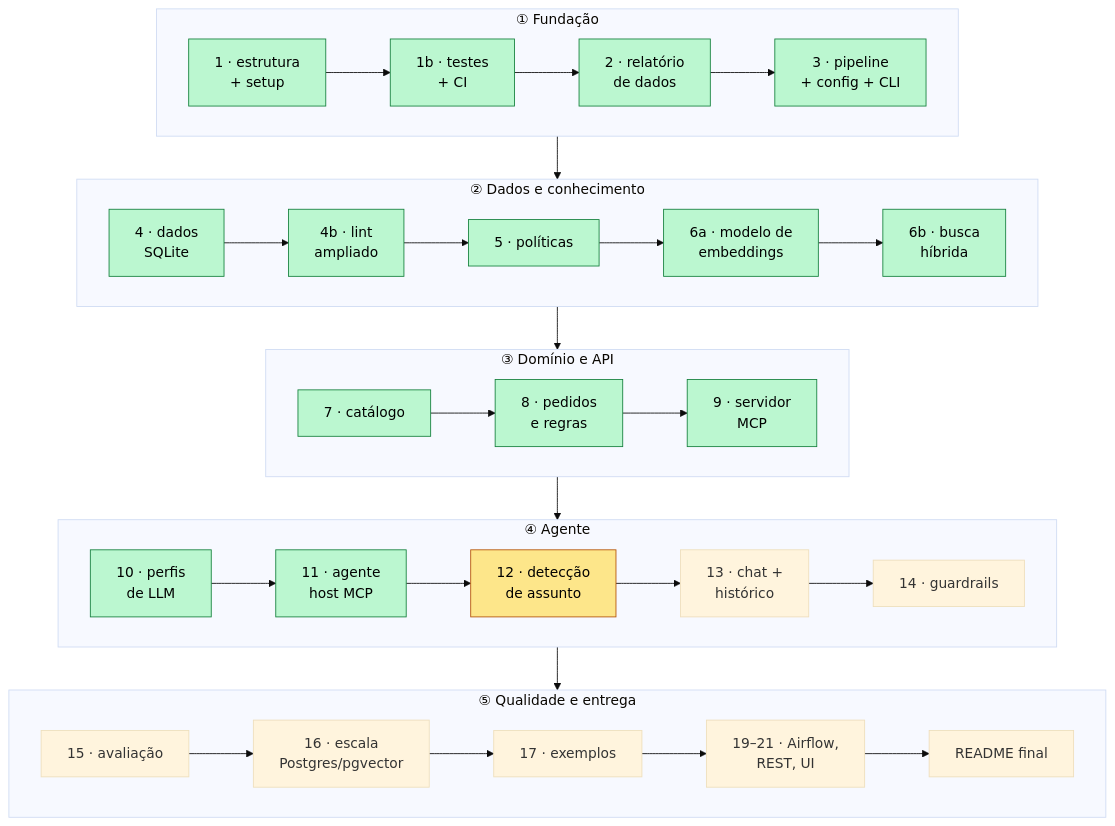
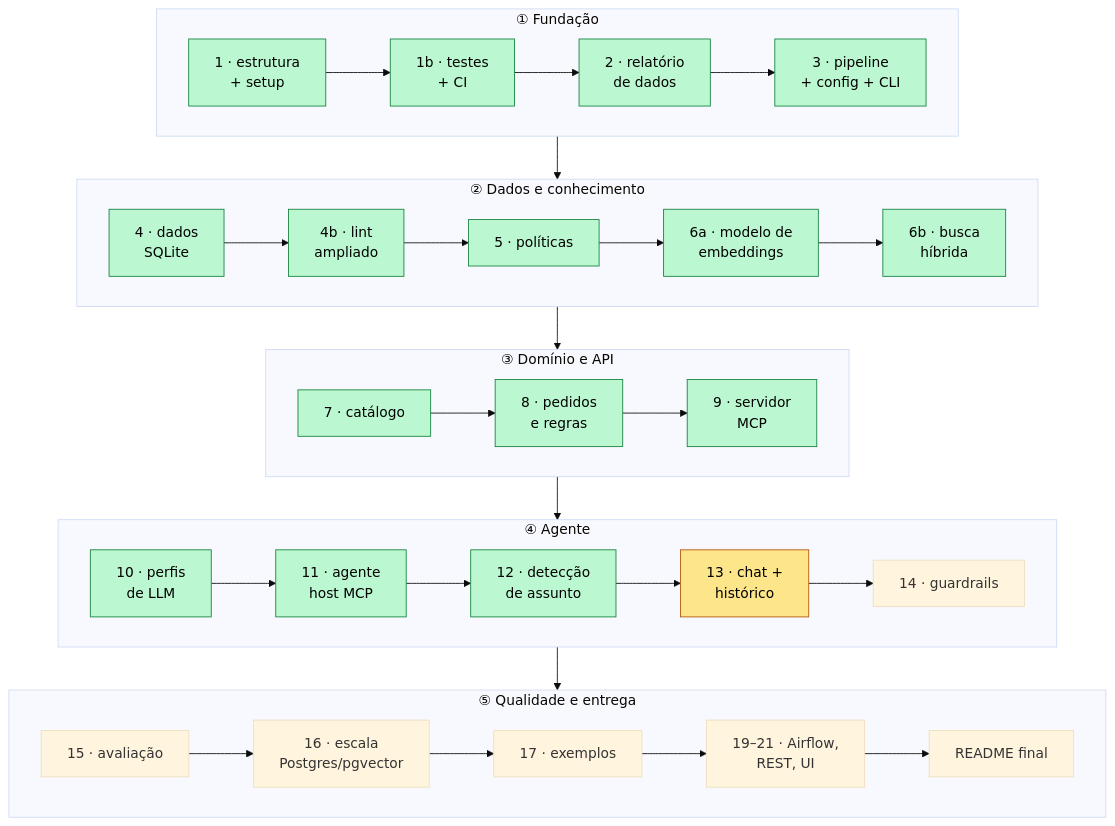
One commit to RonildoSilva/ai-engineer-challenge changed diagram 17 of 17 in README.md. Above: the diagram before and after it, drawn with Mermaid (base theme). The commit also changed other lines of this file and 12 other files, not shown here.

````diff
--- a/README.md
+++ b/README.md
@@ -734,26 +771,26 @@
 ```mermaid
 flowchart TD
     subgraph F1["① Fundação"]
         direction LR
         C1["1 · estrutura<br/>+ setup"]:::done --> C1b["1b · testes<br/>+ CI"]:::done --> C2["2 · relatório<br/>de dados"]:::done --> C3["3 · pipeline<br/>+ config + CLI"]:::done
     end
     subgraph F2["② Dados e conhecimento"]
         direction LR
         C4["4 · dados<br/>SQLite"]:::done --> C4b["4b · lint<br/>ampliado"]:::done --> C5["5 · políticas"]:::done --> C6a["6a · modelo de<br/>embeddings"]:::done --> C6b["6b · busca<br/>híbrida"]:::done
     end
     subgraph F3["③ Domínio e API"]
         direction LR
         C7["7 · catálogo"]:::done --> C8["8 · pedidos<br/>e regras"]:::done --> C9["9 · servidor<br/>MCP"]:::done
     end
     subgraph F4["④ Agente"]
         direction LR
-        C10["10 · perfis<br/>de LLM"]:::done --> C11["11 · agente<br/>host MCP"]:::done --> C12["12 · detecção<br/>de assunto"]:::next --> C13["13 · chat +<br/>histórico"] --> C14["14 · guardrails"]
+        C10["10 · perfis<br/>de LLM"]:::done --> C11["11 · agente<br/>host MCP"]:::done --> C12["12 · detecção<br/>de assunto"]:::done --> C13["13 · chat +<br/>histórico"]:::next --> C14["14 · guardrails"]
     end
     subgraph F5["⑤ Qualidade e entrega"]
         direction LR
         C15["15 · avaliação"] --> C16["16 · escala<br/>Postgres/pgvector"] --> C17["17 · exemplos"] --> CX["19–21 · Airflow,<br/>REST, UI"] --> C18["README final"]
     end
     F1 --> F2 --> F3 --> F4 --> F5
     classDef next fill:#fde68a,stroke:#b45309,color:#000
     classDef done fill:#bbf7d0,stroke:#15803d,color:#000
 ```
````
